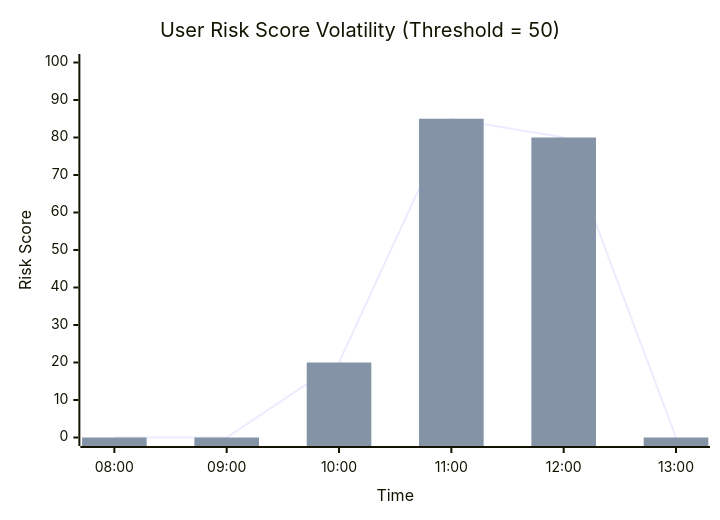
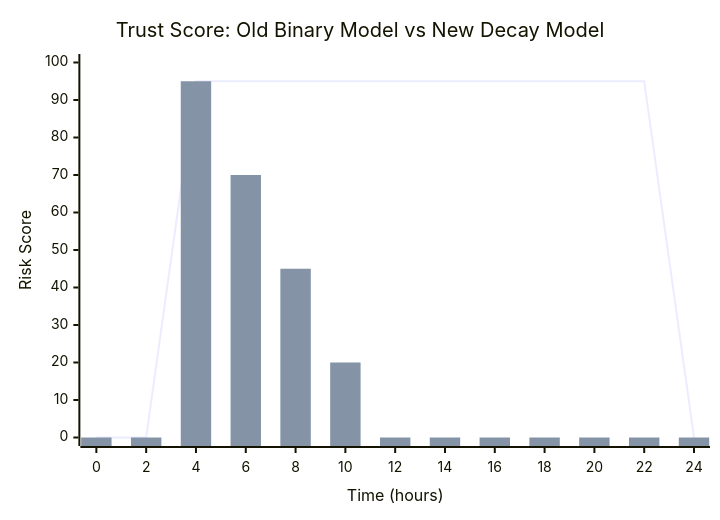
One commit to nextgensoumen/prahari-ztna-aws changed the seventh of 10 diagrams in docs/diagrams.md. Above: the diagram before and after it, drawn with Mermaid. The commit also changed other lines of this file and 1 other file, not shown here.

Commit message:
docs: Update diagrams v2 with all Phase 2 changes + memory log 06

````diff
--- a/docs/diagrams.md
+++ b/docs/diagrams.md
@@ -139,8 +156,8 @@
 ```mermaid
 xychart-beta
-    title "User Risk Score Volatility (Threshold = 50)"
-    x-axis "Time" ["08:00", "09:00", "10:00", "11:00", "12:00", "13:00"]
+    title "Trust Score: Old Binary Model vs New Decay Model"
+    x-axis "Time (hours)" [0, 2, 4, 6, 8, 10, 12, 14, 16, 18, 20, 22, 24]
     y-axis "Risk Score" 0 --> 100
-    line [0, 0, 20, 85, 80, 0]
-    bar  [0, 0, 20, 85, 80, 0]
+    line [0, 0, 95, 95, 95, 95, 95, 95, 95, 95, 95, 95, 0]
+    bar  [0, 0, 95, 70, 45, 20, 0, 0, 0, 0, 0, 0, 0]
 ```
````
